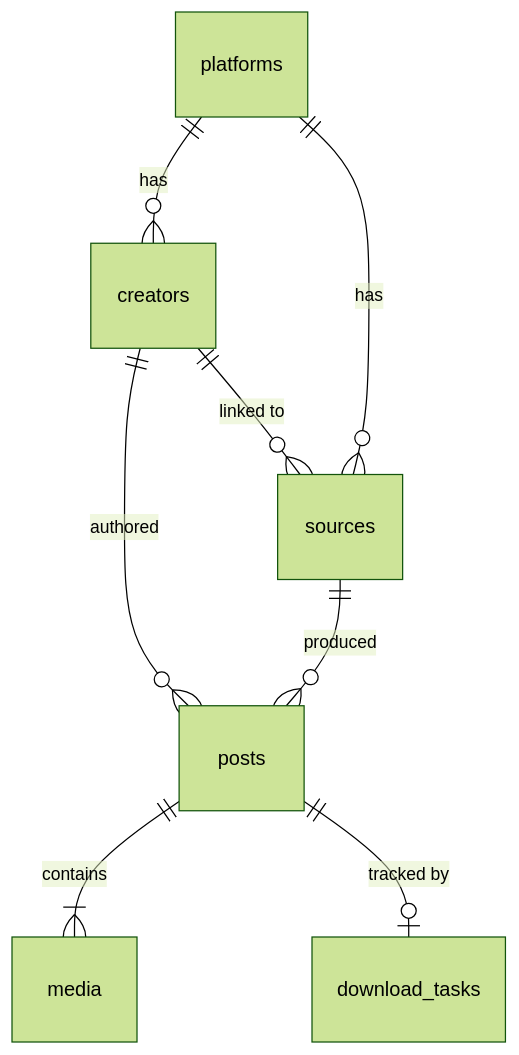
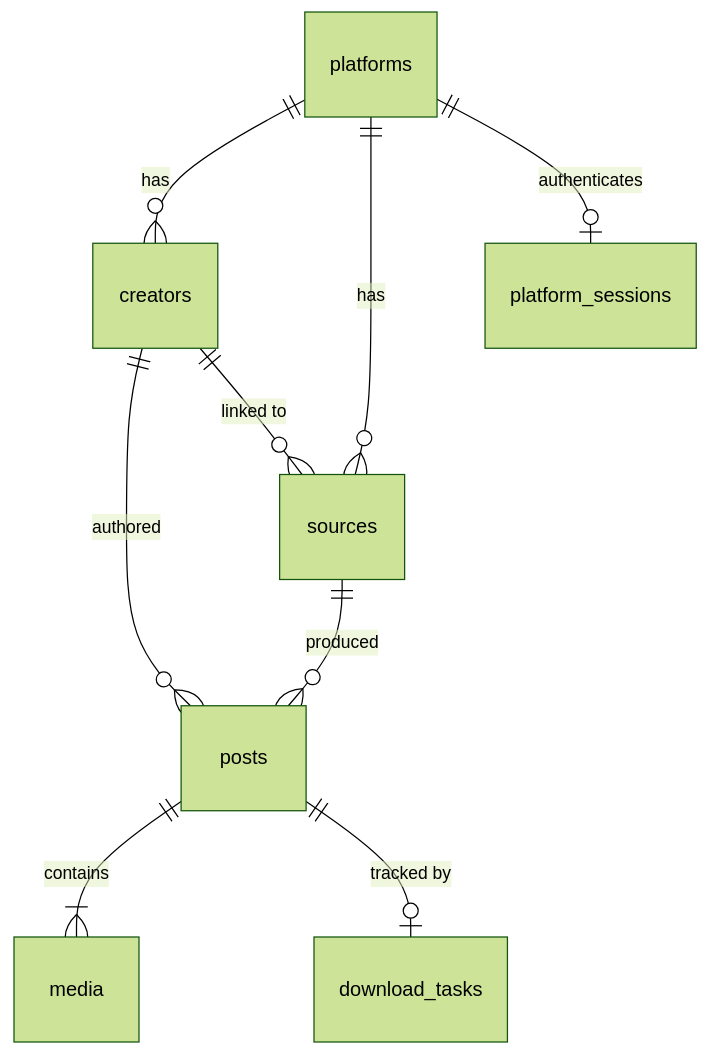
The diagram in documentation/03_database_schema.md (Zidane0MA/VideoDownloaderPro), drawn with Mermaid (forest theme) before and after one commit. The commit also changed other lines of this file and 7 other files, not shown here.

Commit message:
docs: Add initial comprehensive project documentation covering architecture, database, error handling, IPC API, and authentication.

````diff
--- a/documentation/03_database_schema.md
+++ b/documentation/03_database_schema.md
@@ -143,10 +158,11 @@
 ```mermaid
 erDiagram
     platforms ||--o{ creators : "has"
     platforms ||--o{ sources : "has"
+    platforms ||--o| platform_sessions : "authenticates"
     creators ||--o{ posts : "authored"
     creators ||--o{ sources : "linked to"
     sources ||--o{ posts : "produced"
     posts ||--|{ media : "contains"
     posts ||--o| download_tasks : "tracked by"
 ```
````
